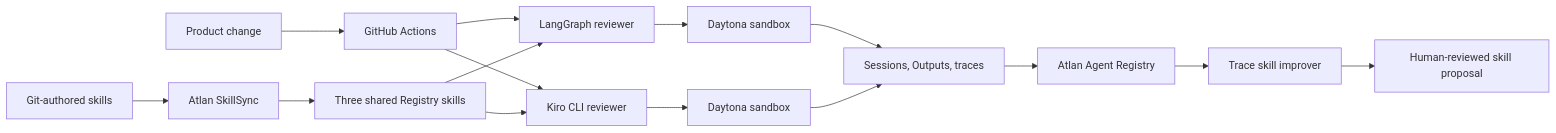
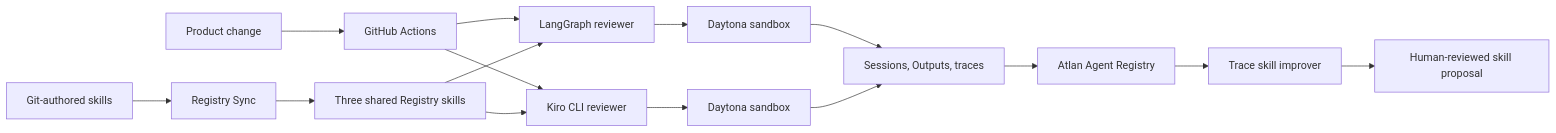
The diagram in README.md (atlanai/agent-registry-examples), drawn with Mermaid before and after one commit. The commit also changed other lines of this file and 7 other files, not shown here.

First line of the commit message:
ci: publish skills with Registry Sync

````diff
--- a/README.md
+++ b/README.md
@@ -40,17 +40,17 @@
 ```mermaid
 flowchart LR
     Change[Product change] --> CI[GitHub Actions]
     CI --> L[LangGraph reviewer]
     CI --> K[Kiro CLI reviewer]
     Skills[Three shared Registry skills] --> L
     Skills --> K
     L --> DL[Daytona sandbox]
     K --> DK[Daytona sandbox]
     DL --> Evidence[Sessions, Outputs, traces]
     DK --> Evidence
     Evidence --> Registry[Atlan Agent Registry]
     Registry --> Improve[Trace skill improver]
     Improve --> Proposal[Human-reviewed skill proposal]
-    Git[Git-authored skills] --> Sync[Atlan SkillSync]
+    Git[Git-authored skills] --> Sync[Registry Sync]
     Sync --> Skills
 ```
````
